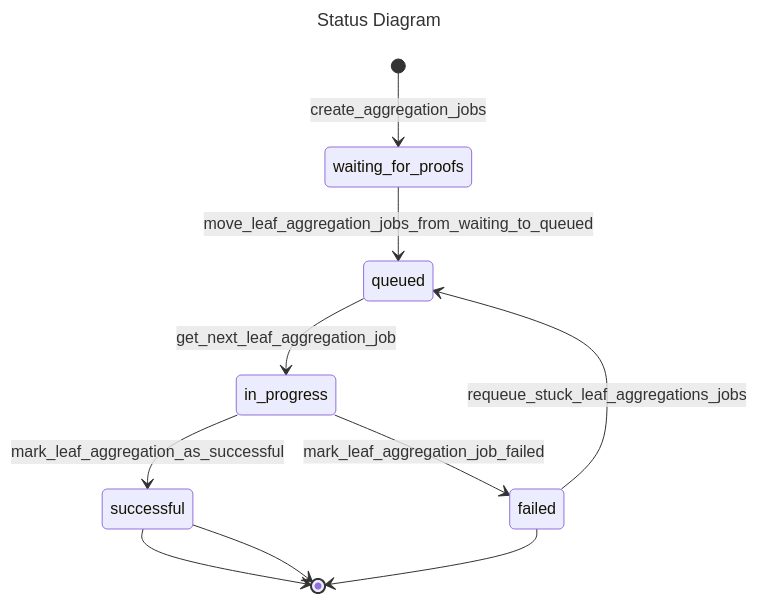
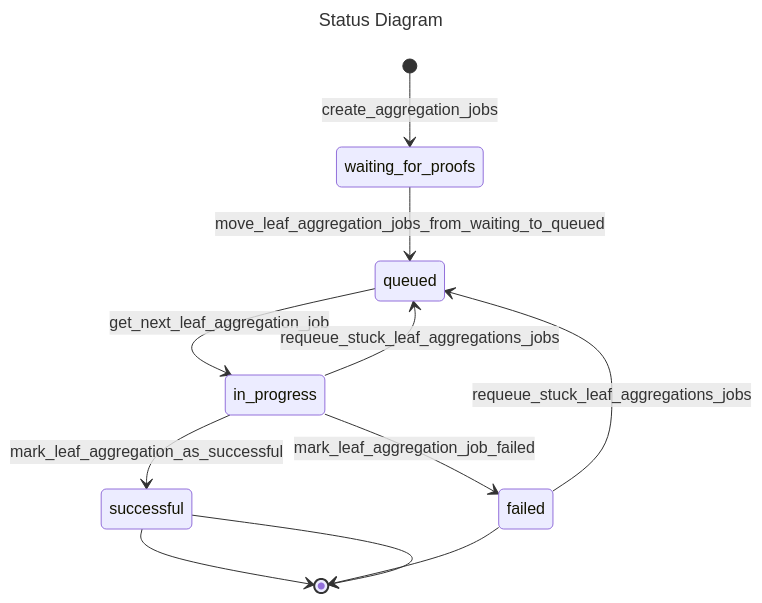
The second of 4 diagrams in core/lib/dal/doc/FriWitnessGeneratorDal.md (matter-labs/zksync-era), drawn with Mermaid before and after one commit. The commit also changed other lines of this file and 2 other files, not shown here.

````diff
--- a/core/lib/dal/doc/FriWitnessGeneratorDal.md
+++ b/core/lib/dal/doc/FriWitnessGeneratorDal.md
@@ -32,16 +33,18 @@
 ```mermaid
 ---
 title: Status Diagram
 ---
 stateDiagram-v2
 [*] --> waiting_for_proofs : create_aggregation_jobs
 waiting_for_proofs --> queued : move_leaf_aggregation_jobs_from_waiting_to_queued
 queued --> in_progress : get_next_leaf_aggregation_job
 in_progress --> successful : mark_leaf_aggregation_as_successful
 successful --> [*] 
 in_progress --> failed : mark_leaf_aggregation_job_failed
 failed --> [*]
 failed --> queued : requeue_stuck_leaf_aggregations_jobs
+in_progress --> queued : requeue_stuck_leaf_aggregations_jobs
+
 successful --> [*]
 
 ```
````
